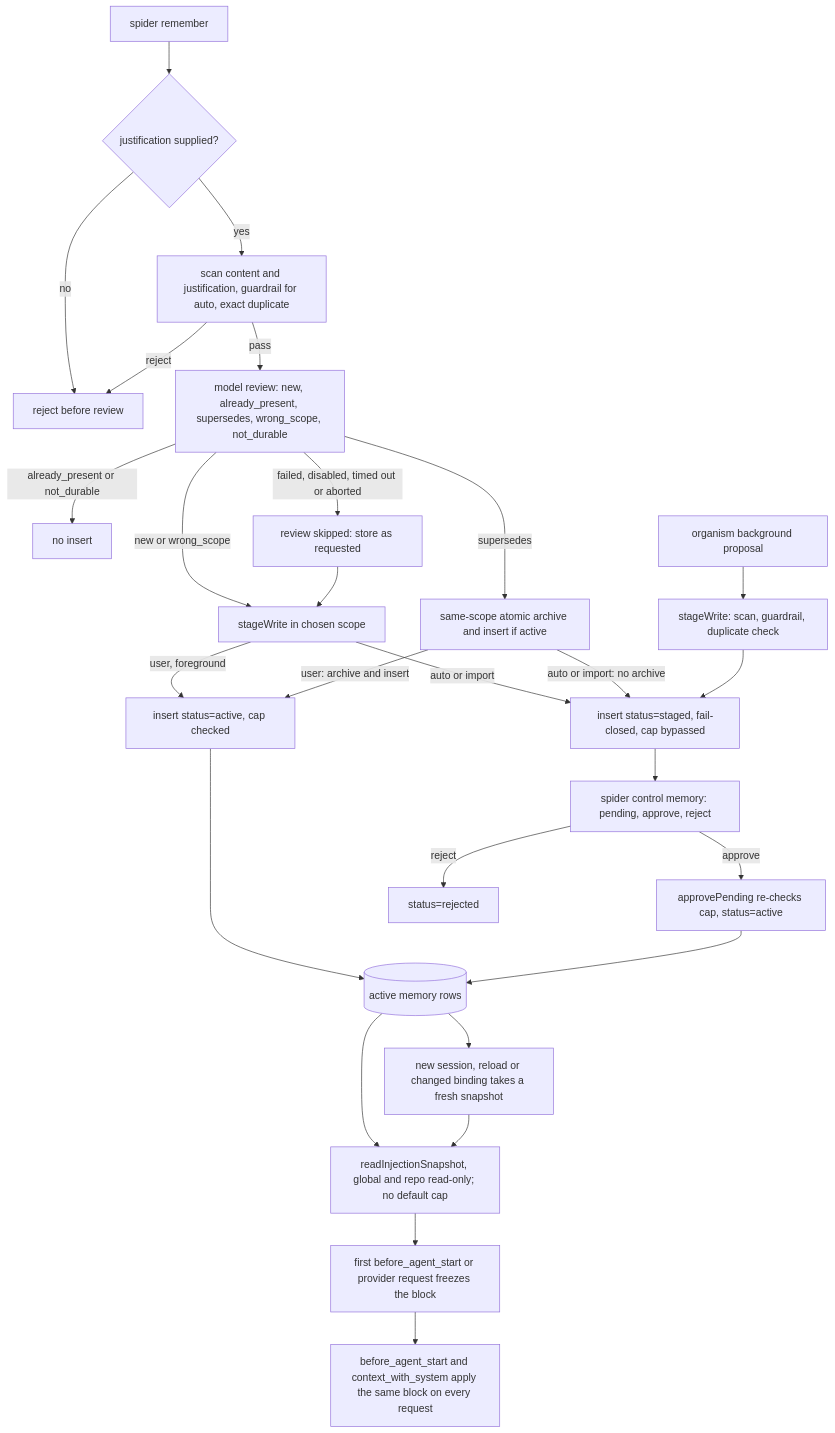
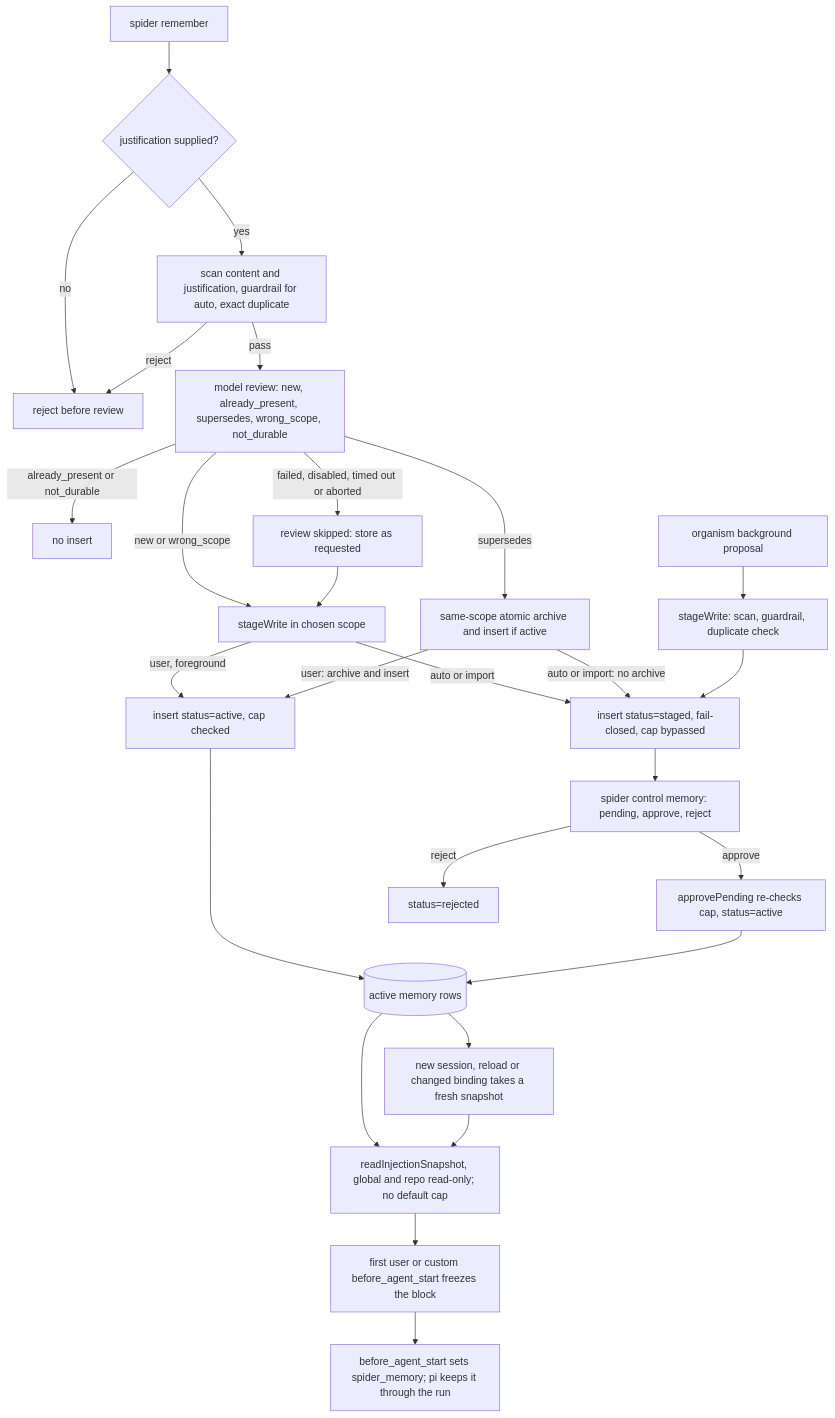
The second of 5 diagrams in docs/architecture/feedback-and-learning-loops.md (guru-irl/spider), drawn with Mermaid before and after one commit. The commit also changed other lines of this file and 25 other files, not shown here.

````diff
--- a/docs/architecture/feedback-and-learning-loops.md
+++ b/docs/architecture/feedback-and-learning-loops.md
@@ -192,32 +197,32 @@
 ```mermaid
 flowchart TD
   R["spider remember"] --> J{"justification supplied?"}
   J -->|no| NO["reject before review"]
   J -->|yes| PRE["scan content and justification, guardrail for auto, exact duplicate"]
   PRE -->|reject| NO
   PRE -->|pass| REVIEW["model review: new, already_present, supersedes, wrong_scope, not_durable"]
   REVIEW -->|"already_present or not_durable"| NOINSERT["no insert"]
   REVIEW -->|"failed, disabled, timed out or aborted"| SKIP["review skipped: store as requested"]
   REVIEW -->|"new or wrong_scope"| SW["stageWrite in chosen scope"]
   REVIEW -->|"supersedes"| ATOMIC["same-scope atomic archive and insert if active"]
   SKIP --> SW
   SW -->|"user, foreground"| ACT["insert status=active, cap checked"]
   SW -->|"auto or import"| STG["insert status=staged, fail-closed, cap bypassed"]
   ATOMIC -->|"user: archive and insert"| ACT
   ATOMIC -->|"auto or import: no archive"| STG
   ORG["organism background proposal"] --> BG["stageWrite: scan, guardrail, duplicate check"]
   BG --> STG
 
   STG --> REV["spider control memory: pending, approve, reject"]
   REV -->|approve| ACT2["approvePending re-checks cap, status=active"]
   REV -->|reject| REJ["status=rejected"]
 
   ACT --> AM[("active memory rows")]
   ACT2 --> AM
 
   AM --> SNAP["readInjectionSnapshot, global and repo read-only; no default cap"]
-  SNAP --> FREEZE["first before_agent_start or provider request freezes the block"]
-  FREEZE --> INJ["before_agent_start and context_with_system apply the same block on every request"]
+  SNAP --> FREEZE["first user or custom before_agent_start freezes the block"]
+  FREEZE --> INJ["before_agent_start sets spider_memory; pi keeps it through the run"]
   AM --> NEXT["new session, reload or changed binding takes a fresh snapshot"]
   NEXT --> SNAP
 ```
````
